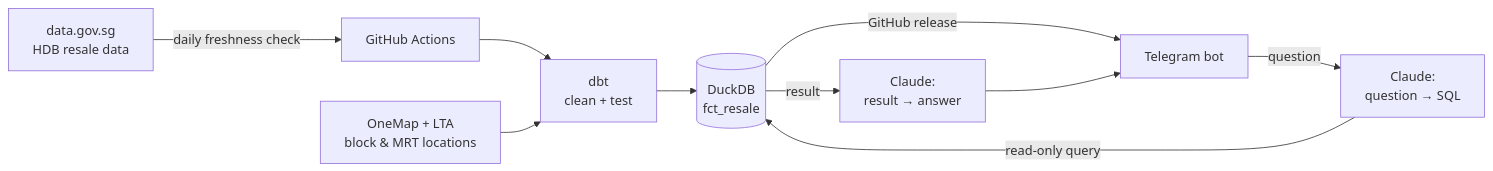
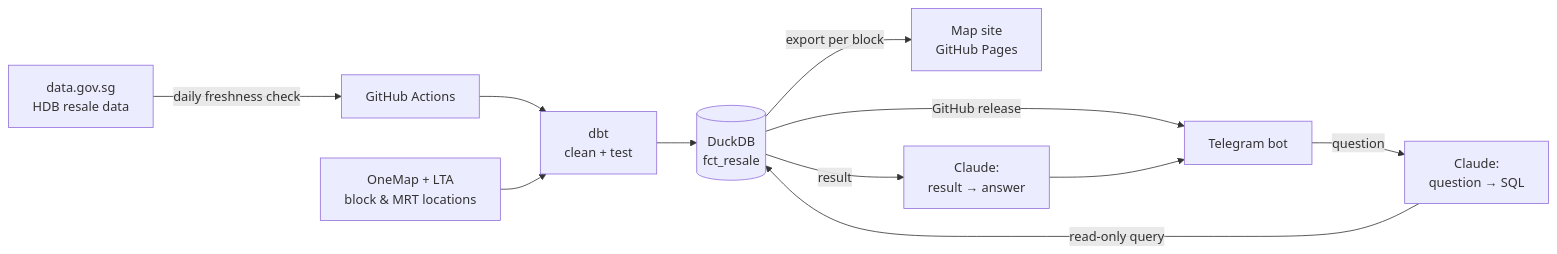
One commit to shihuics/hdb-resale-agent changed the diagram in README.md. Above: the diagram before and after it, drawn with Mermaid. The commit also changed other lines of this file, not shown here.

Commit message:
Refine README: map site, affordability, alerts, positioning

````diff
--- a/README.md
+++ b/README.md
@@ -21,12 +37,13 @@
 ```mermaid
 flowchart LR
   A[data.gov.sg<br/>HDB resale data] -->|daily freshness check| B[GitHub Actions]
   B --> C[dbt<br/>clean + test]
   M[OneMap + LTA<br/>block & MRT locations] --> C
   C --> D[(DuckDB<br/>fct_resale)]
   D -->|GitHub release| E[Telegram bot]
+  D -->|export per block| S[Map site<br/>GitHub Pages]
   E -->|question| F[Claude:<br/>question → SQL]
   F -->|read-only query| D
   D -->|result| G[Claude:<br/>result → answer]
   G --> E
 ```
````
